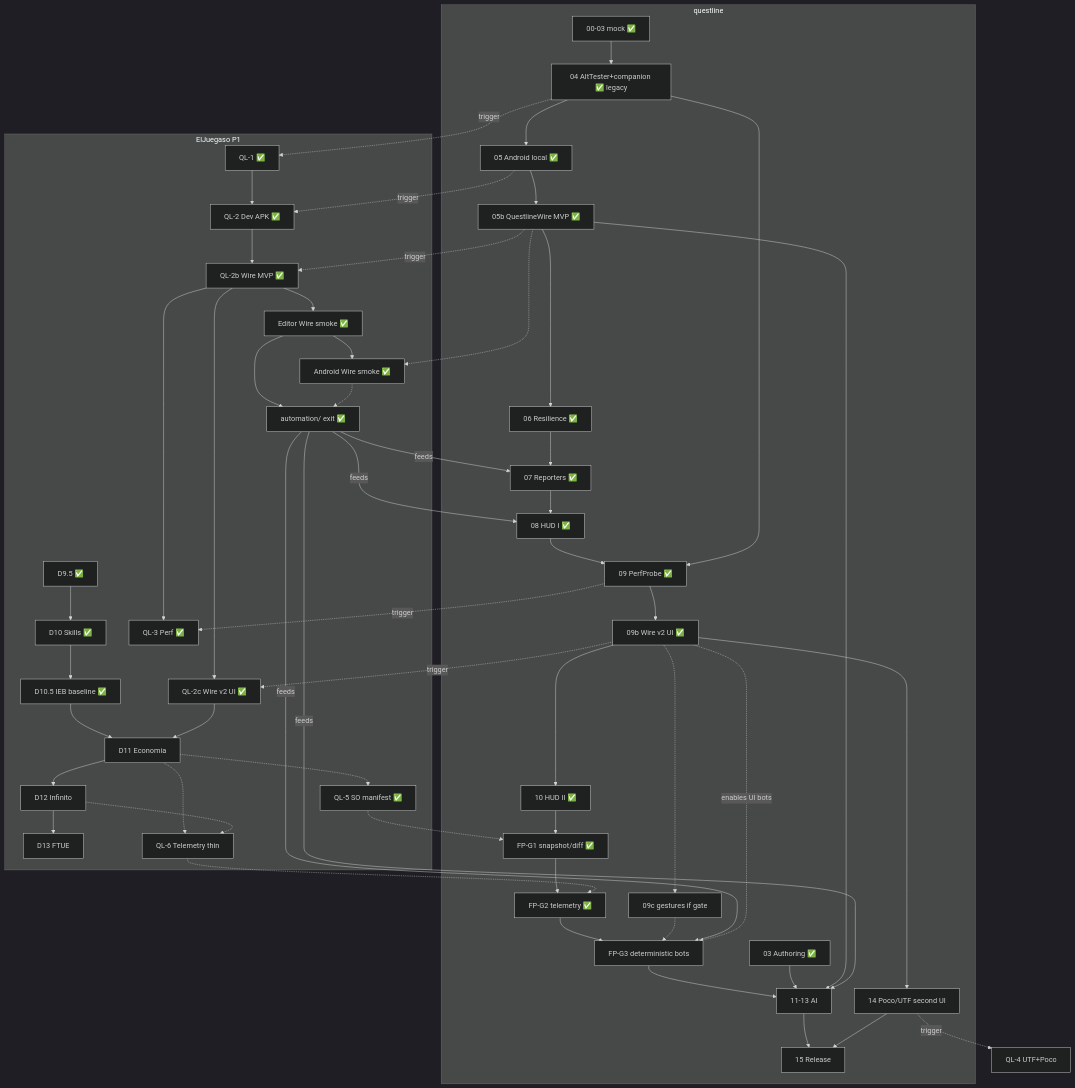
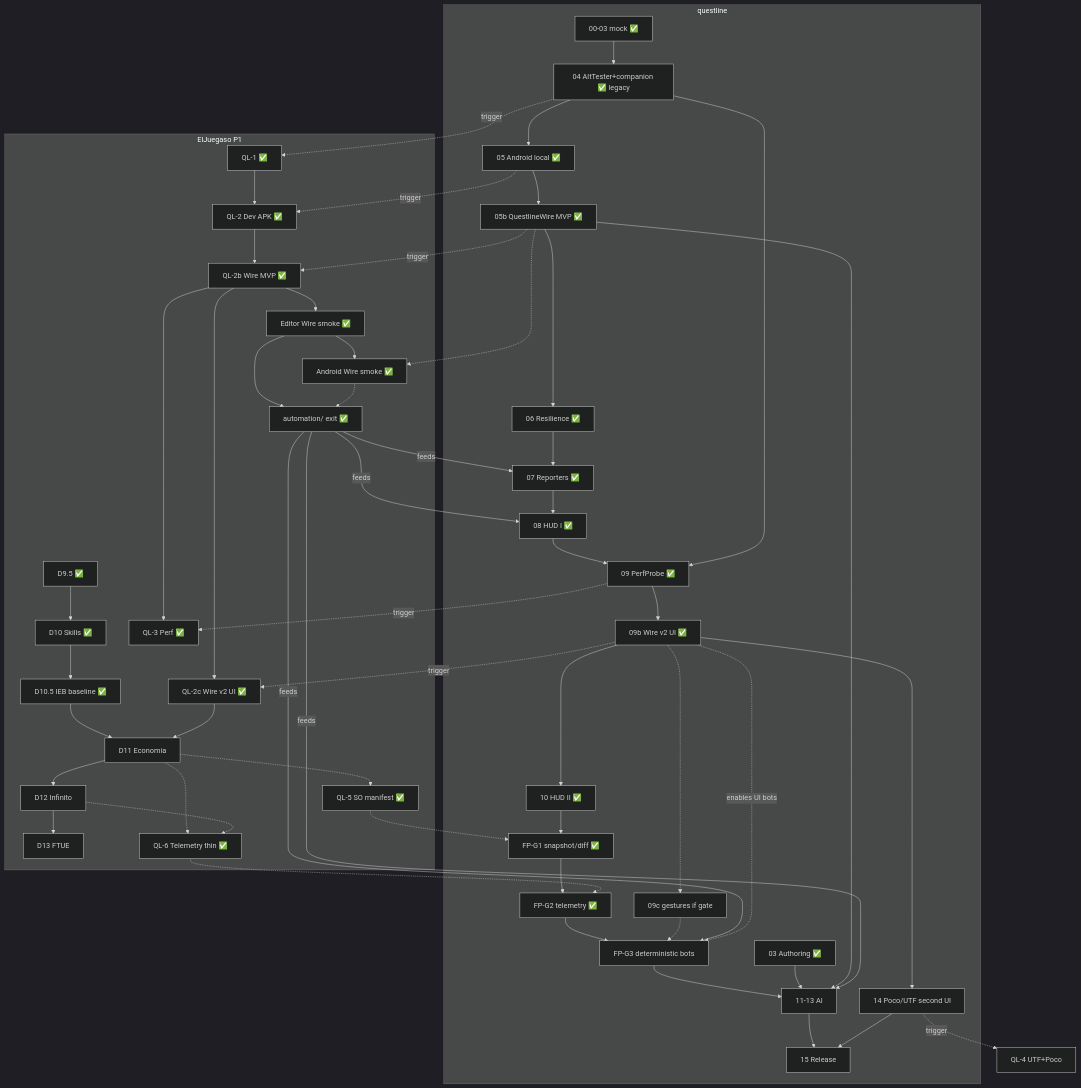
Before and after one commit to Knutronko/questline: the diagram in docs/STATUS-DUAL.md, drawn with Mermaid (dark theme). The commit also changed other lines of this file and 12 other files, not shown here.

````diff
--- a/docs/STATUS-DUAL.md
+++ b/docs/STATUS-DUAL.md
@@ -108,61 +108,61 @@
 ```mermaid
 flowchart TB
   subgraph QL[questline]
     Q0[00-03 mock ✅] --> Q4[04 AltTester+companion ✅ legacy]
     Q4 --> Q5[05 Android local ✅]
     Q5 --> Q5b[05b QuestlineWire MVP ✅]
     Q5b --> Q6[06 Resilience ✅]
     Q6 --> Q7[07 Reporters ✅]
     Q7 --> Q8[08 HUD I ✅]
     Q8 --> Q9[09 PerfProbe ✅]
     Q9 --> Q9b[09b Wire v2 UI ✅]
     Q9b --> Q10[10 HUD II ✅]
     Q10 --> FPG1[FP-G1 snapshot/diff ✅]
     FPG1 --> FPG2[FP-G2 telemetry ✅]
     FPG2 --> FPG3[FP-G3 deterministic bots]
     FPG3 --> Q11[11-13 AI]
     Q9b -.-> Q09c[09c gestures if gate]
     Q09c -.-> FPG3
     Q4 --> Q9
     Q3[03 Authoring ✅] --> Q11
     Q5b --> Q11
     Q9b --> Q14[14 Poco/UTF second UI]
     Q11 --> Q15[15 Release]
     Q14 --> Q15
   end
 
   subgraph Game[ElJuegaso P1]
     D95[D9.5 ✅] --> D10[D10 Skills ✅]
     D10 --> D105[D10.5 IEB baseline ✅]
     D105 --> D11[D11 Economia]
     D11 --> D12[D12 Infinito]
     D12 --> D13[D13 FTUE]
     QL1[QL-1 ✅] --> QL2[QL-2 Dev APK ✅]
     QL2 --> QL2b[QL-2b Wire MVP ✅]
     QL2b --> LiveEd[Editor Wire smoke ✅]
     LiveEd --> Auto[automation/ exit ✅]
     LiveEd --> LiveAnd[Android Wire smoke ✅]
     LiveAnd -.-> Auto
     QL2b --> QL3[QL-3 Perf ✅]
     QL2b --> QL2c[QL-2c Wire v2 UI ✅]
     QL2c --> D11
     D11 -.-> QL5[QL-5 SO manifest ✅]
     QL5 -.-> FPG1
-    D11 -.-> QL6[QL-6 Telemetry thin]
+    D11 -.-> QL6[QL-6 Telemetry thin ✅]
     QL6 -.-> FPG2
     D12 -.-> QL6
     Auto -->|feeds| FPG3
   end
 
   Q4 -.->|trigger| QL1
   Q5 -.->|trigger| QL2
   Q5b -.->|trigger| QL2b
   Q5b -.-> LiveAnd
   Q9 -.->|trigger| QL3
   Q9b -.->|trigger| QL2c
   Q14 -.->|trigger| QL4[QL-4 UTF+Poco]
   Auto -->|feeds| Q7
   Auto -->|feeds| Q8
   Auto -->|feeds| Q11
   Q9b -.->|enables UI bots| FPG3
 ```
````
